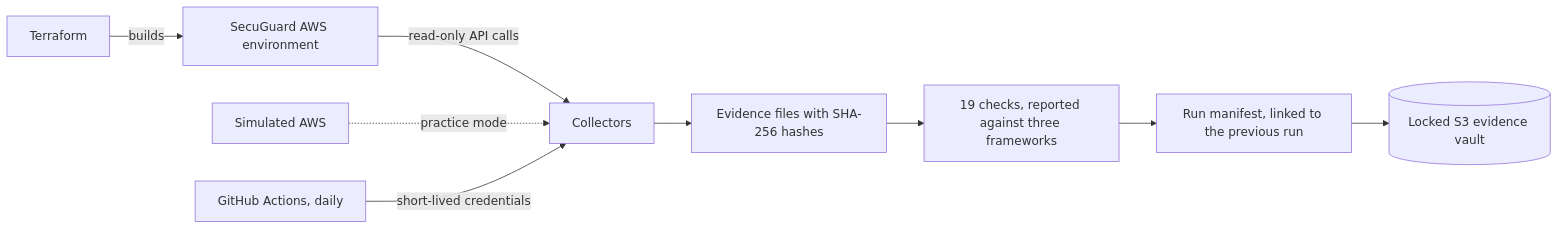
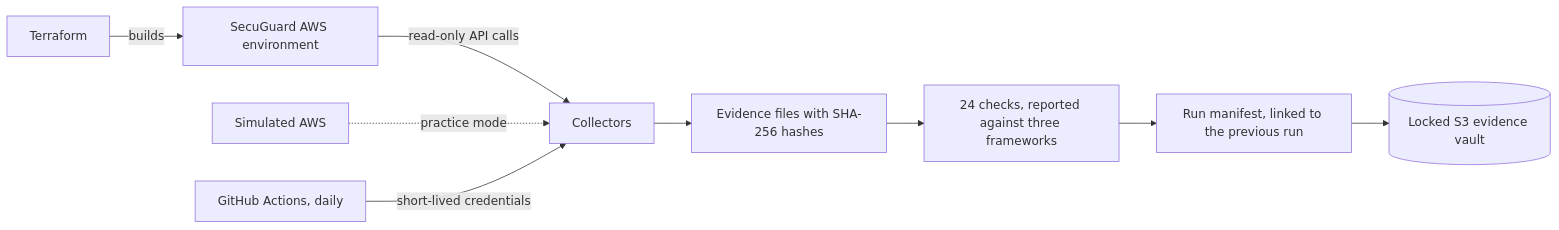
The diagram in README.md (andrewcampion0473/secuguard-grc-engineering), drawn with Mermaid before and after one commit. The commit also changed other lines of this file and 31 other files, not shown here.

````diff
--- a/README.md
+++ b/README.md
@@ -26,11 +28,11 @@
 ```mermaid
 flowchart LR
     TF[Terraform] -->|builds| AWS[SecuGuard AWS environment]
     AWS -->|read-only API calls| COL[Collectors]
     MOCK[Simulated AWS] -.->|practice mode| COL
     COL --> EV[Evidence files with SHA-256 hashes]
-    EV --> CHK[19 checks, reported against three frameworks]
+    EV --> CHK[24 checks, reported against three frameworks]
     CHK --> MAN[Run manifest, linked to the previous run]
     MAN --> S3[(Locked S3 evidence vault)]
     GH[GitHub Actions, daily] -->|short-lived credentials| COL
 ```
````
